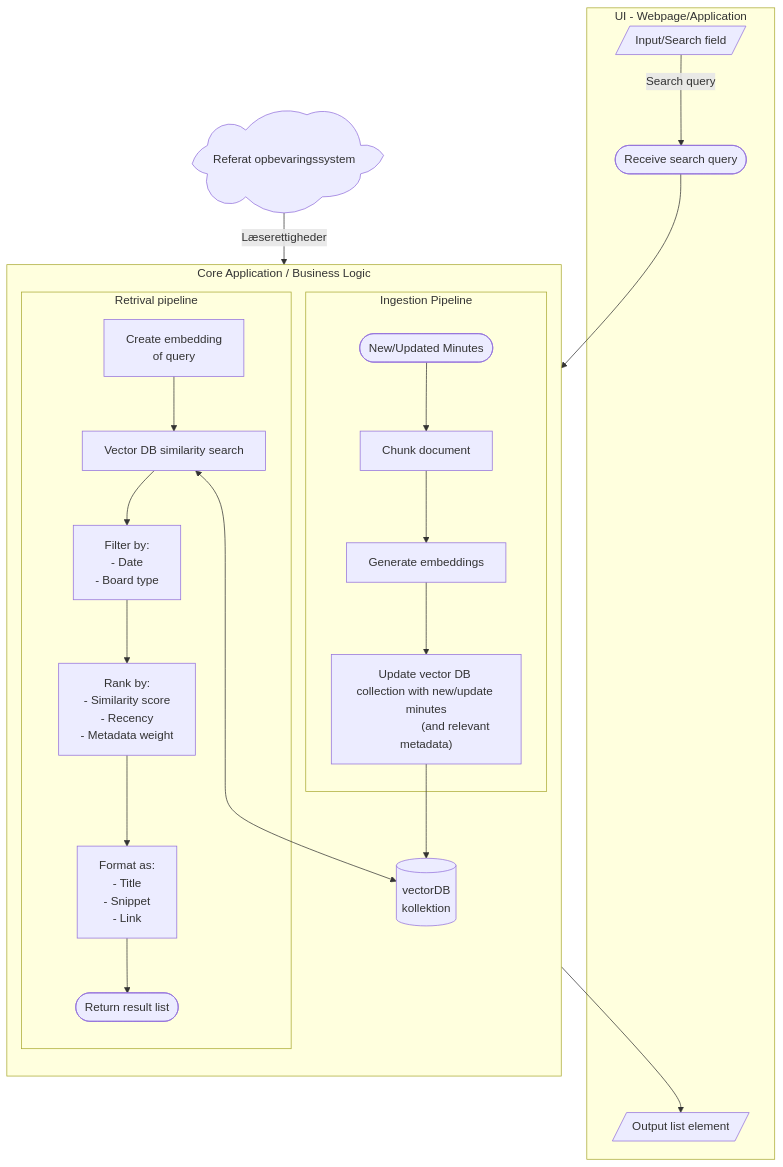
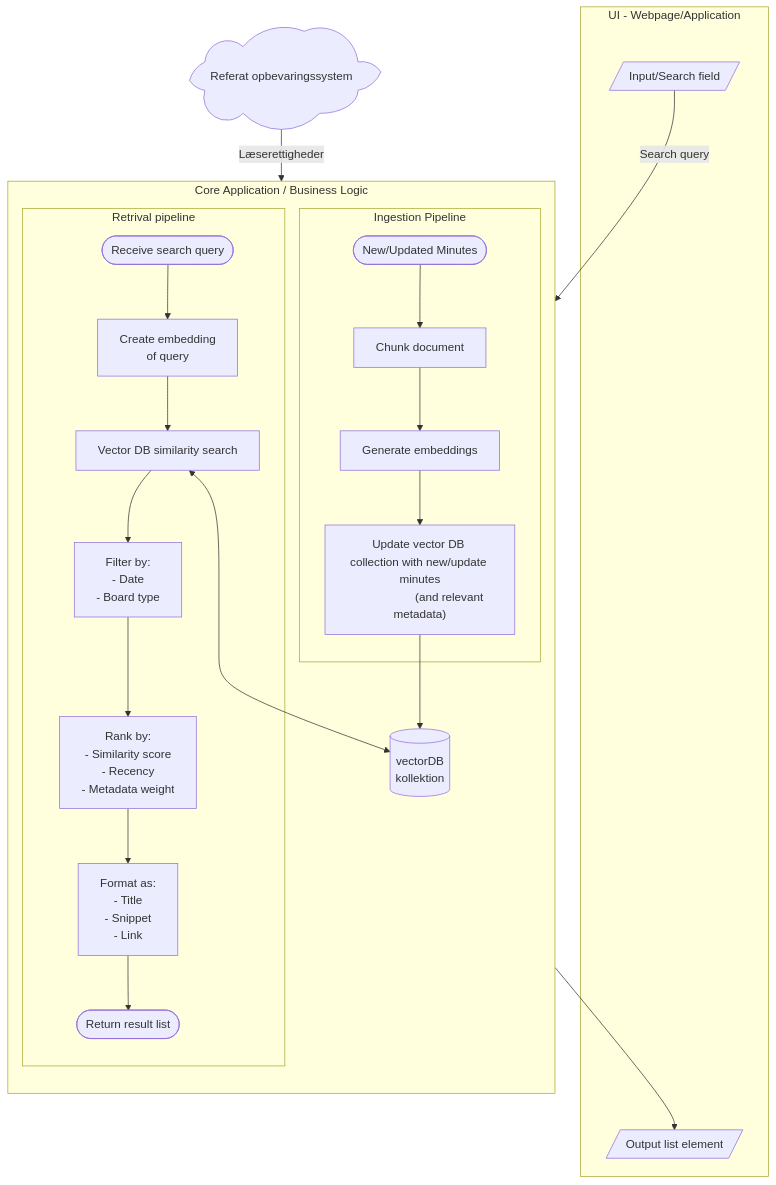
Before and after one commit to OS2sandbox/public-genai-governance: the diagram in docs/minimumskrav/AI_loesningseksempler/soegning.md, drawn with Mermaid.

Commit message:
Move start event to retrival pipelibe

````diff
--- a/docs/minimumskrav/AI_loesningseksempler/soegning.md
+++ b/docs/minimumskrav/AI_loesningseksempler/soegning.md
@@ -7,67 +7,67 @@
 ```mermaid
 flowchart TD
     
     subgraph UI["UI - Webpage/Application"]
-        user@{ shape: in-out, label: "Input/Search field"} -->|Search query| start
+        user@{ shape: in-out, label: "Input/Search field"} 
         
         results@{ shape: in-out, label: "Output list element"}
     end
 
     system@{ shape: cloud, label: "Referat opbevaringssystem"}
 
     subgraph core["`Core Application / Business Logic`"]
         direction TB
         
         vdb@{ shape: db, label: "vectorDB\n kollektion"}
         %% Re-indexing flow
         subgraph ingest["Ingestion Pipeline"]
     
             minutes(["New/Updated Minutes"])
             chunk["Chunk document"]
             embed2["Generate embeddings"]
             store["Update vector DB collection with new/update minutes
                    (and relevant metadata)"]
     
             minutes --> chunk --> embed2 --> store
         end
         
         store --> vdb
         
         subgraph retrive["Retrival pipeline"]
             
             start([Receive search query])
     
             embed["Create embedding
                    of query"]
     
             search["Vector DB similarity search"]
     
             filter["Filter by:
                     - Date
                     - Board type"]
     
             rank["Rank by:
                   - Similarity score
                   - Recency
                   - Metadata weight"]
     
             format["Format as:
                     - Title
                     - Snippet
                     - Link"]
     
             return([Return result list])
     
-            start --> embed --> search --> filter --> rank --> format --> return
+            user-->|Search query| start --> embed --> search --> filter --> rank --> format --> return
             
         end
         
         search <--> vdb
         
     end
     system -->|Læserettigheder| minutes
     
     return --> results
 
     
 ```
````
